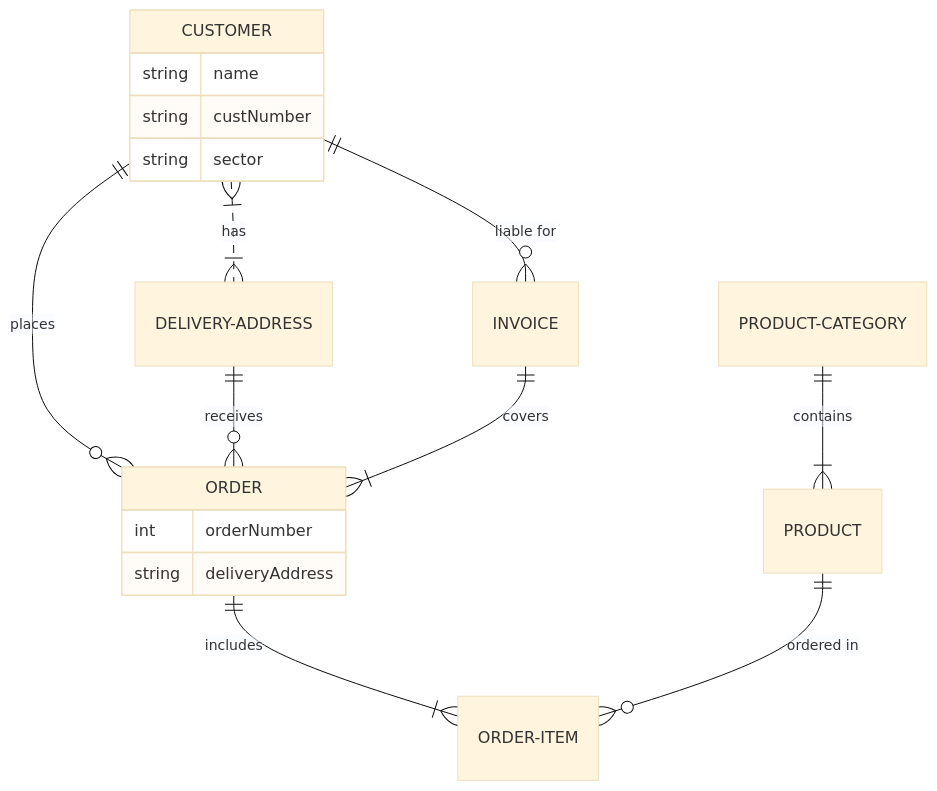
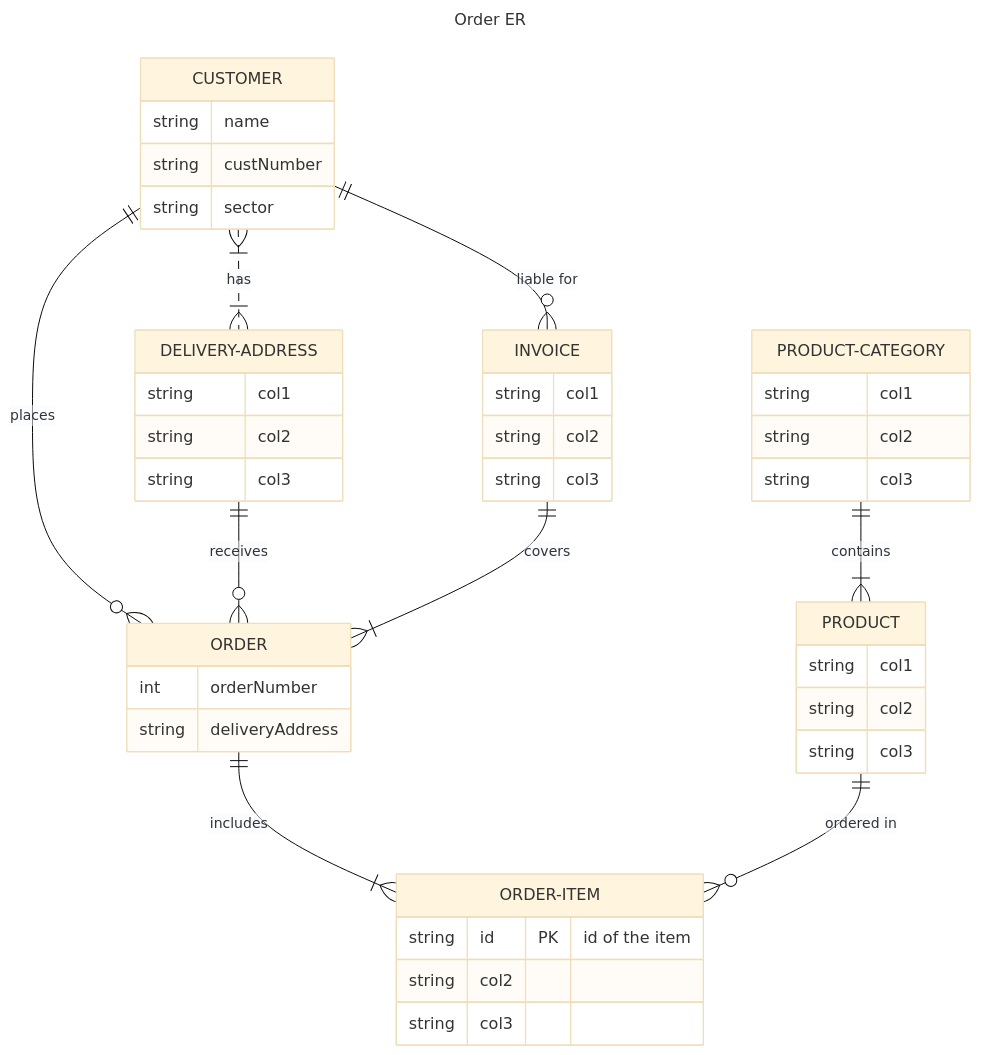
One commit to siu91/notebook changed the third of 8 diagrams in pages/tech/bestpractices/rd-docs-temp/设计文档-模版.md. Above: the diagram before and after it, drawn with Mermaid (base theme). The commit also changed other lines of this file, not shown here.

````diff
--- a/pages/tech/bestpractices/rd-docs-temp/设计文档-模版.md
+++ b/pages/tech/bestpractices/rd-docs-temp/设计文档-模版.md
@@ -487,20 +527,48 @@
 ```mermaid
+---
+title: Order ER
+---
 erDiagram
     CUSTOMER }|..|{ DELIVERY-ADDRESS : has
     CUSTOMER ||--o{ ORDER : places
     CUSTOMER ||--o{ INVOICE : "liable for"
     CUSTOMER {
         string name
         string custNumber
         string sector
     }
     DELIVERY-ADDRESS ||--o{ ORDER : receives
+    DELIVERY-ADDRESS {
+        string col1
+        string col2
+        string col3
+    }
     INVOICE ||--|{ ORDER : covers
+    INVOICE {
+        string col1
+        string col2
+        string col3
+    }
     ORDER ||--|{ ORDER-ITEM : includes
     ORDER {
         int orderNumber
         string deliveryAddress
     }
     PRODUCT-CATEGORY ||--|{ PRODUCT : contains
+    PRODUCT-CATEGORY {
+        string col1
+        string col2
+        string col3
+    }
     PRODUCT ||--o{ ORDER-ITEM : "ordered in"
+    PRODUCT {
+        string col1
+        string col2
+        string col3
+    }
+    ORDER-ITEM {
+        string id PK "id of the item"
+        string col2
+        string col3
+    }
 ```
````
